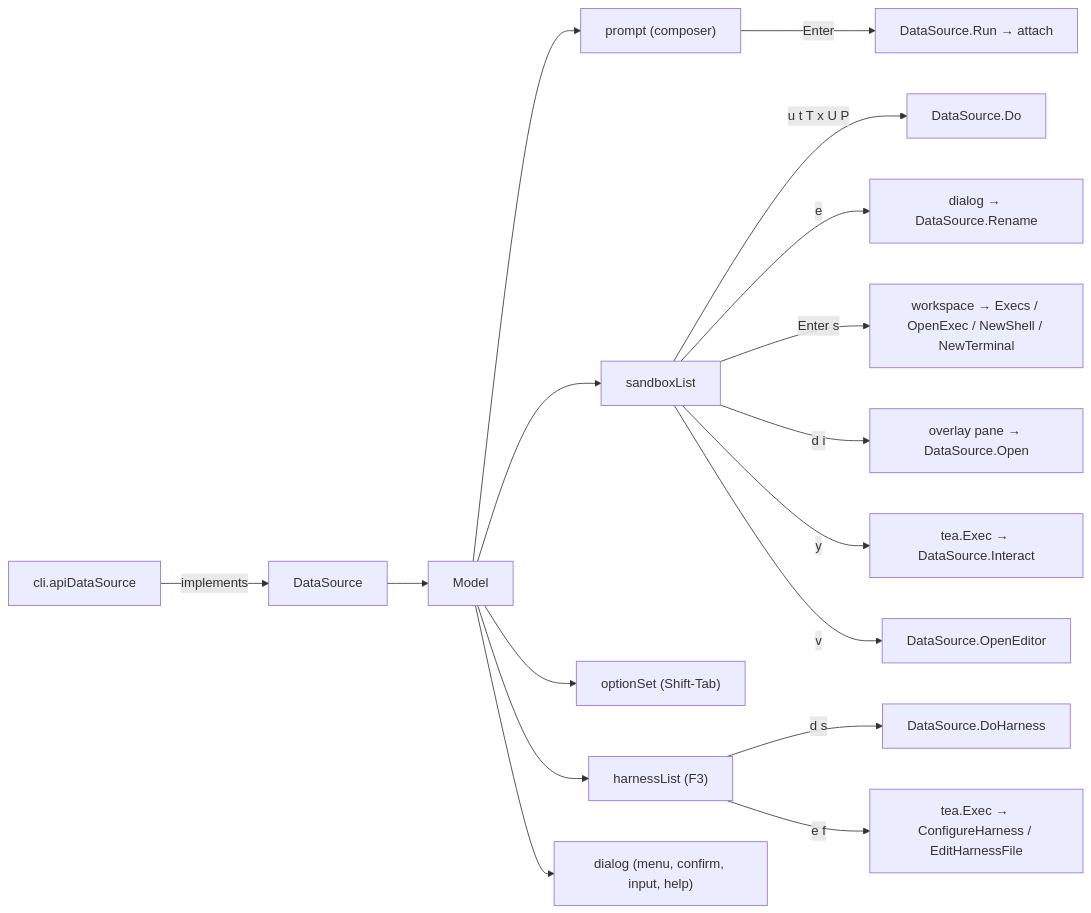
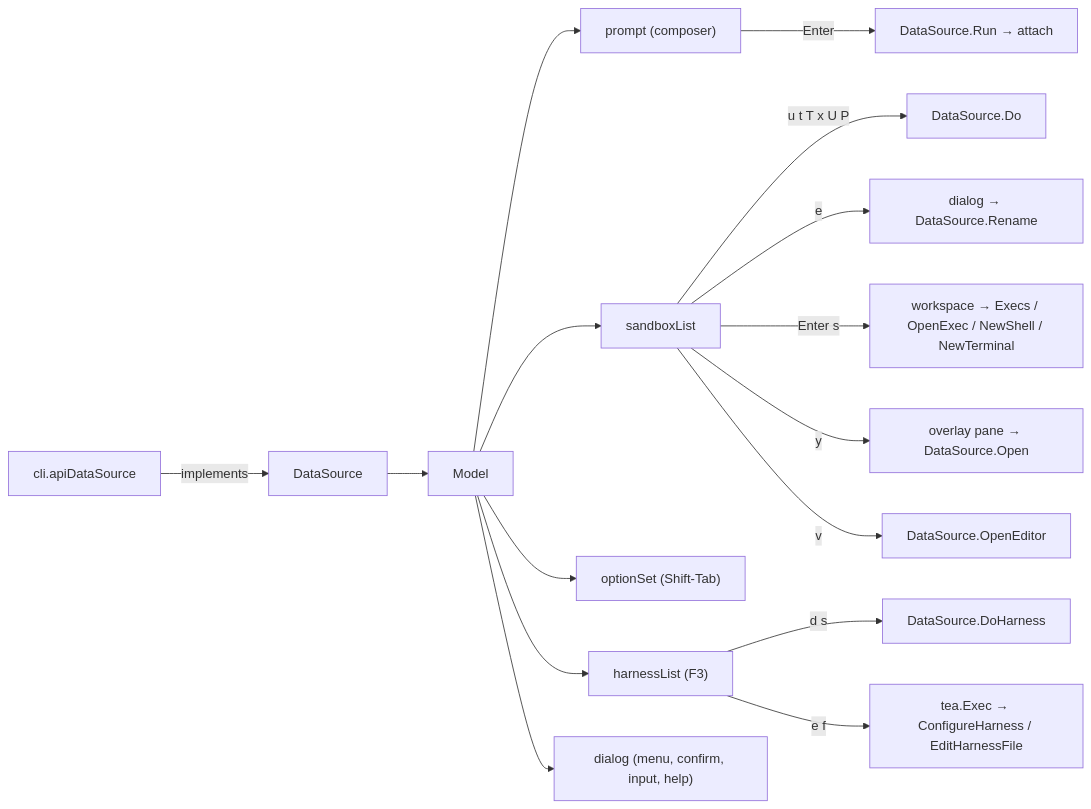
One commit to discobox-ai/discobox changed the diagram in cli/internal/tui/DESIGN.md. Above: the diagram before and after it, drawn with Mermaid. The commit also changed other lines of this file and 10 other files, not shown here.

````diff
--- a/cli/internal/tui/DESIGN.md
+++ b/cli/internal/tui/DESIGN.md
@@ -12,19 +12,18 @@
 ```mermaid
 flowchart LR
     CLI["cli.apiDataSource"] -->|implements| DS["DataSource"]
     DS --> M["Model"]
     M --> P["prompt (composer)"]
     M --> L["sandboxList"]
     M --> O["optionSet (Shift-Tab)"]
     M --> A["harnessList (F3)"]
     M --> D["dialog (menu, confirm, input, help)"]
     P -->|Enter| Run["DataSource.Run → attach"]
     L -->|u t T x U P| Verb["DataSource.Do"]
     L -->|e| Rename["dialog → DataSource.Rename"]
     L -->|Enter s| WS["workspace → Execs / OpenExec / NewShell / NewTerminal"]
-    L -->|d i| Overlay["overlay pane → DataSource.Open"]
-    L -->|y| Exec["tea.Exec → DataSource.Interact"]
+    L -->|y| Overlay["overlay pane → DataSource.Open"]
     L -->|v| Editor["DataSource.OpenEditor"]
     A -->|d s| AVerb["DataSource.DoHarness"]
     A -->|e f| AExec["tea.Exec → ConfigureHarness / EditHarnessFile"]
 ```
````
